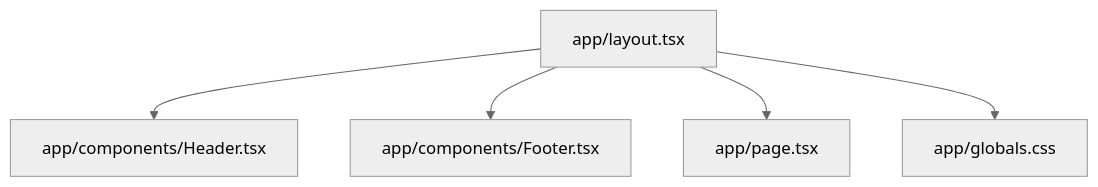
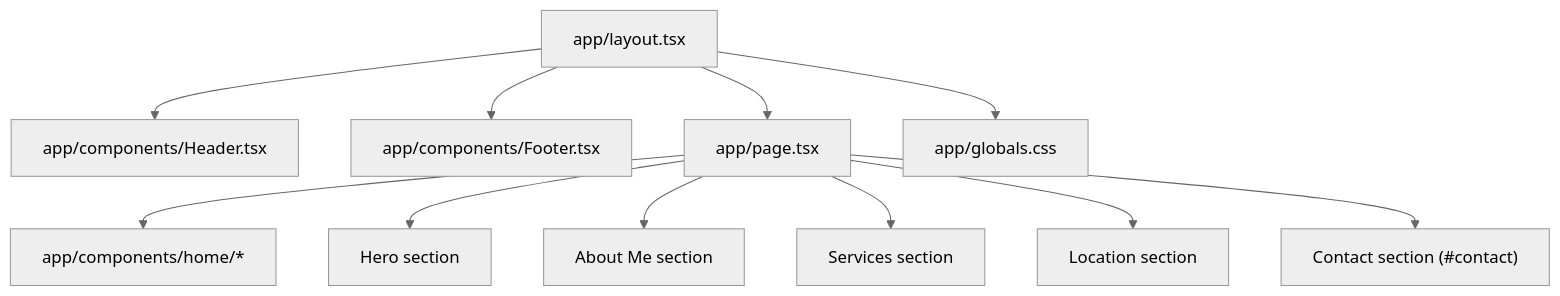
The diagram in lode/summary.md (ipavic933-spec/website-pavic), drawn with Mermaid (neutral theme) before and after one commit. The commit also changed other lines of this file and 22 other files, not shown here.

````diff
--- a/lode/summary.md
+++ b/lode/summary.md
@@ -10,7 +11,13 @@
 ```mermaid
 graph TD
   Layout["app/layout.tsx"] --> Header["app/components/Header.tsx"]
   Layout --> Footer["app/components/Footer.tsx"]
   Layout --> Page["app/page.tsx"]
+  Page --> HomeComponents["app/components/home/*"]
   Layout --> Globals["app/globals.css"]
+  Page --> Hero["Hero section"]
+  Page --> About["About Me section"]
+  Page --> Services["Services section"]
+  Page --> Map["Location section"]
+  Page --> Contact["Contact section (#contact)"]
 ```
````
